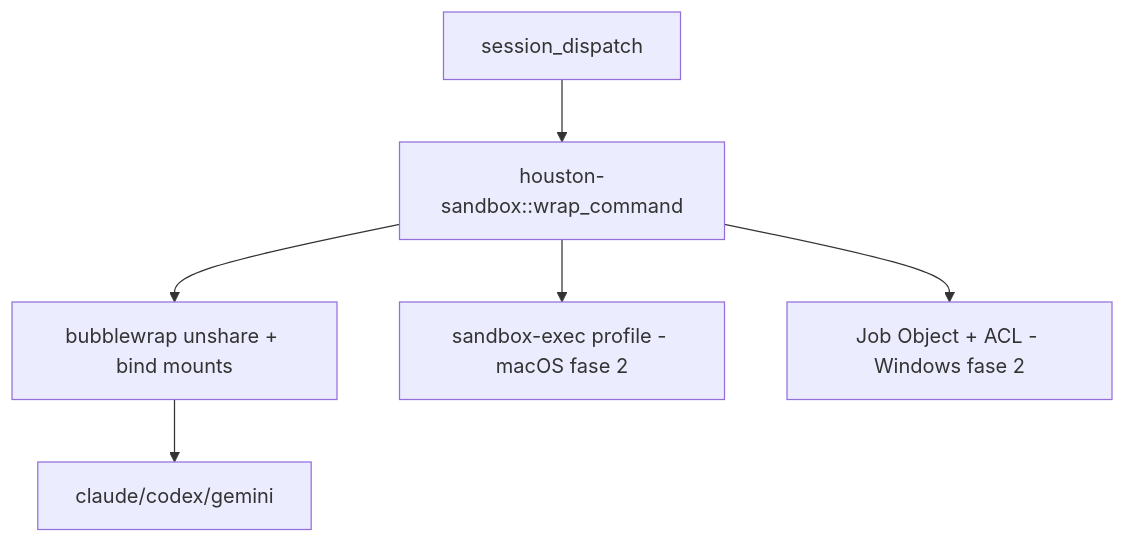
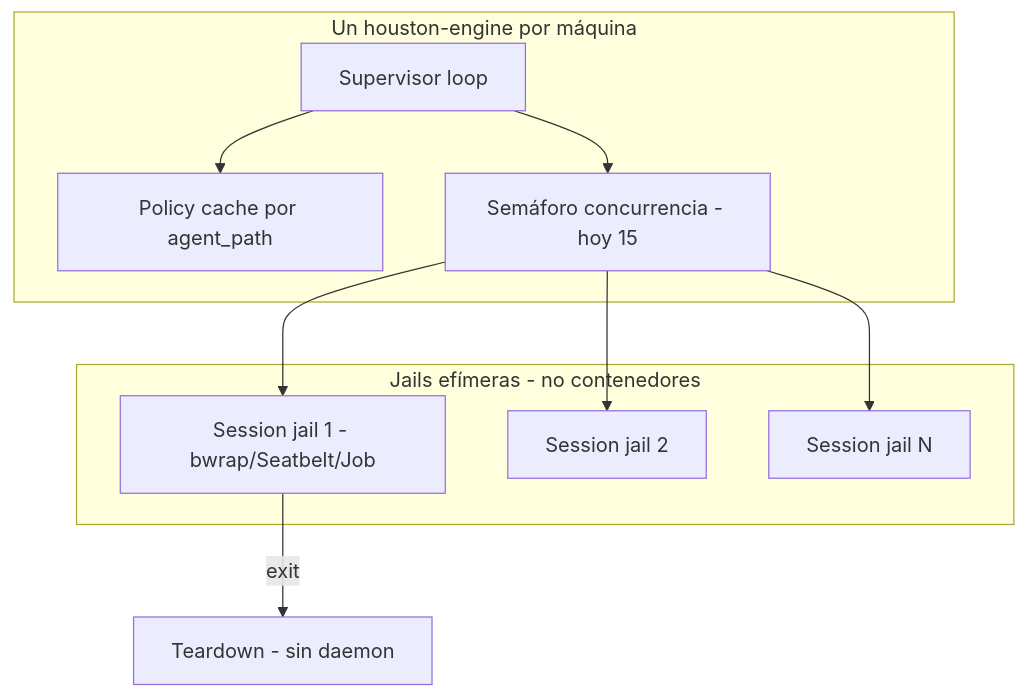
One commit to sebastianvelace/houston changed the fourth of 5 diagrams in docs/hackathon-agent-orchestration.md. Above: the diagram before and after it, drawn with Mermaid. The commit also changed other lines of this file, not shown here.

````diff
--- a/docs/hackathon-agent-orchestration.md
+++ b/docs/hackathon-agent-orchestration.md
@@ -298,8 +401,19 @@
 ```mermaid
 flowchart TB
-    DISPATCH[session_dispatch] --> WRAP[houston-sandbox::wrap_command]
-    WRAP --> BWRAP[bubblewrap unshare + bind mounts]
-    BWRAP --> CLI[claude/codex/gemini]
-    WRAP --> MAC[sandbox-exec profile - macOS fase 2]
-    WRAP --> WIN[Job Object + ACL - Windows fase 2]
+    subgraph one_engine [Un houston-engine por máquina]
+        SUP[Supervisor loop]
+        CACHE[Policy cache por agent_path]
+        POOL[Semáforo concurrencia - hoy 15]
+        SUP --> CACHE
+        SUP --> POOL
+    end
+
+    subgraph ephemeral [Jails efímeras - no contenedores]
+        J1[Session jail 1 - bwrap/Seatbelt/Job]
+        J2[Session jail 2]
+        JN[Session jail N]
+    end
+
+    POOL --> J1 & J2 & JN
+    J1 -->|exit| DESTROY[Teardown - sin daemon]
 ```
````
